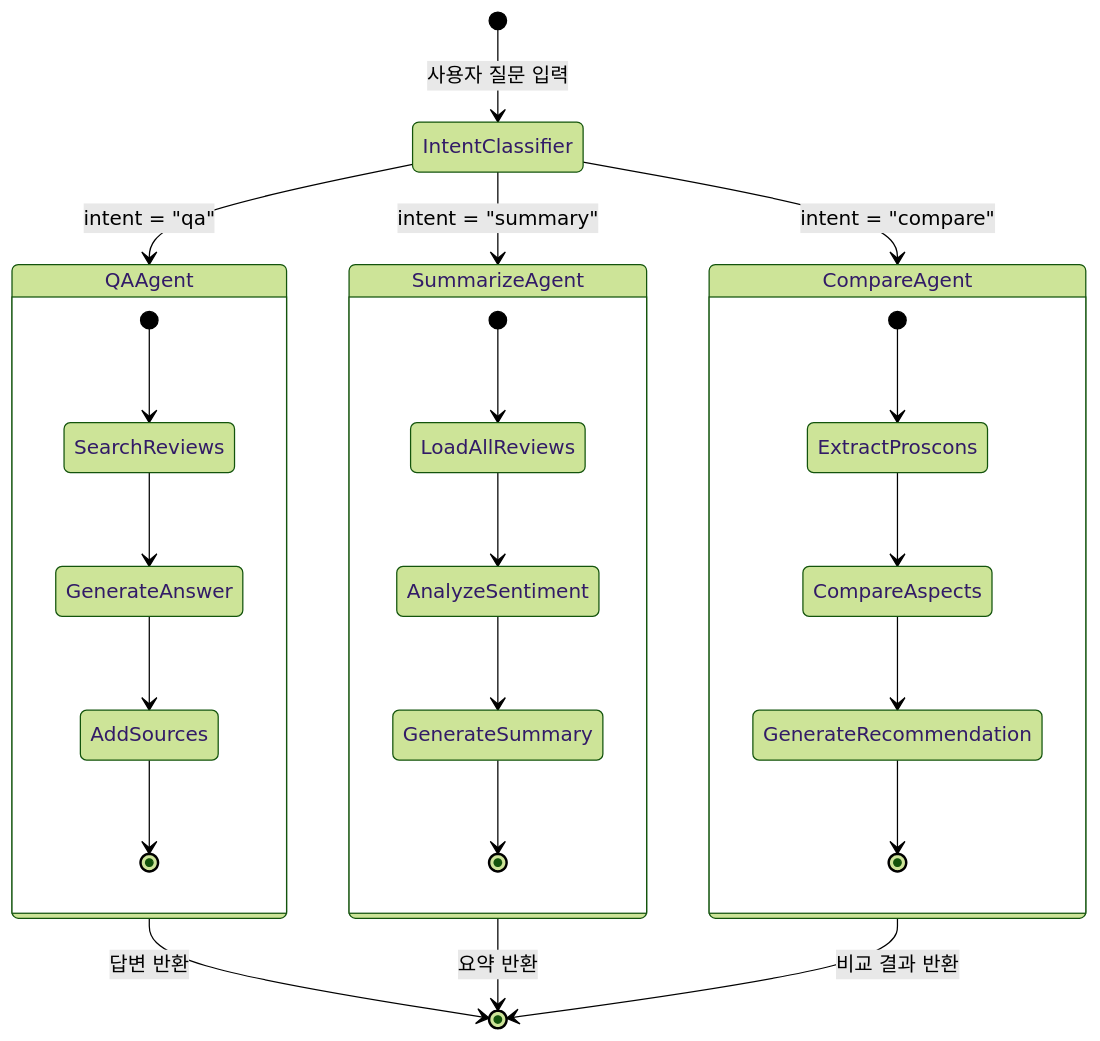
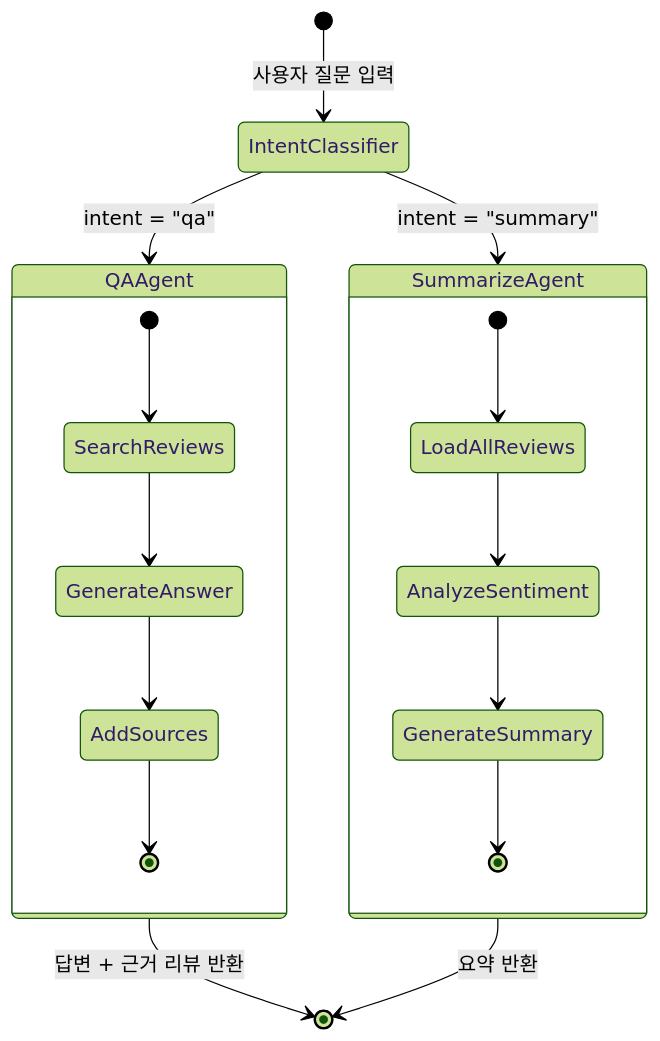
One commit to sammy0329/ai-review-analyst changed the third of 5 diagrams in docs/PRD.md. Above: the diagram before and after it, drawn with Mermaid (forest theme). The commit also changed other lines of this file, not shown here.

````diff
--- a/docs/PRD.md
+++ b/docs/PRD.md
@@ -299,33 +300,24 @@
 ```mermaid
 stateDiagram-v2
     [*] --> IntentClassifier: 사용자 질문 입력
 
     IntentClassifier --> QAAgent: intent = "qa"
     IntentClassifier --> SummarizeAgent: intent = "summary"
-    IntentClassifier --> CompareAgent: intent = "compare"
 
     state QAAgent {
         [*] --> SearchReviews
         SearchReviews --> GenerateAnswer
         GenerateAnswer --> AddSources
         AddSources --> [*]
     }
 
     state SummarizeAgent {
         [*] --> LoadAllReviews
         LoadAllReviews --> AnalyzeSentiment
         AnalyzeSentiment --> GenerateSummary
         GenerateSummary --> [*]
     }
 
-    state CompareAgent {
-        [*] --> ExtractProscons
-        ExtractProscons --> CompareAspects
-        CompareAspects --> GenerateRecommendation
-        GenerateRecommendation --> [*]
-    }
-
-    QAAgent --> [*]: 답변 반환
+    QAAgent --> [*]: 답변 + 근거 리뷰 반환
     SummarizeAgent --> [*]: 요약 반환
-    CompareAgent --> [*]: 비교 결과 반환
 ```
````
